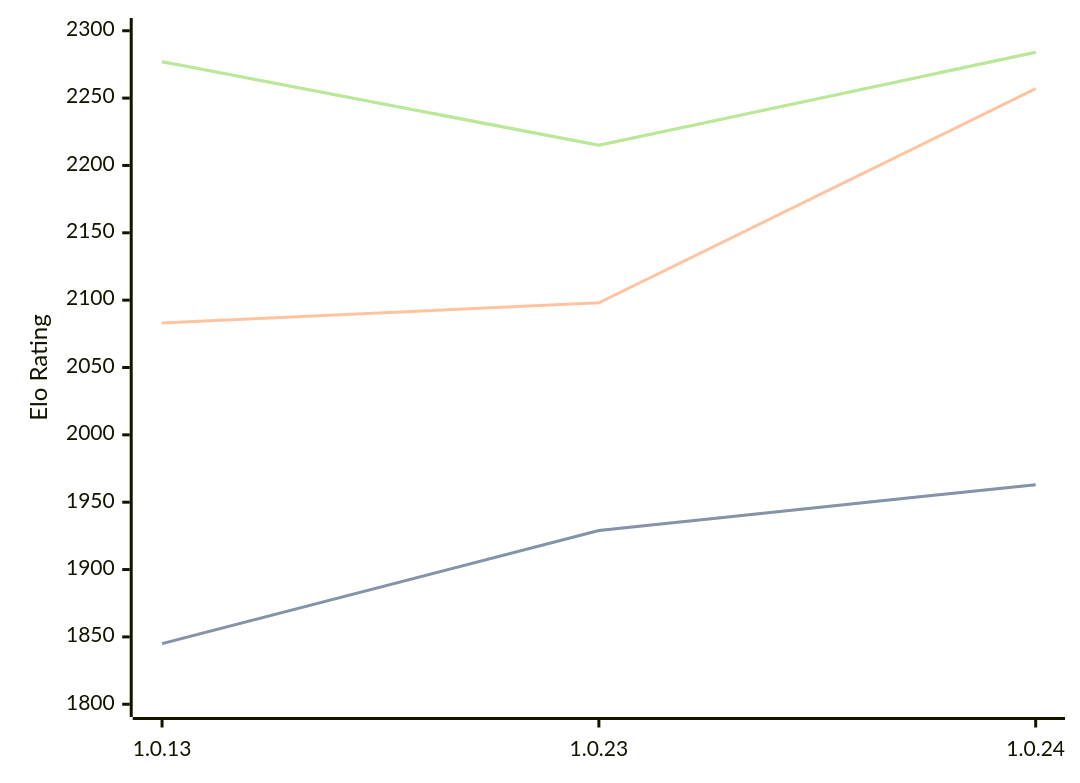
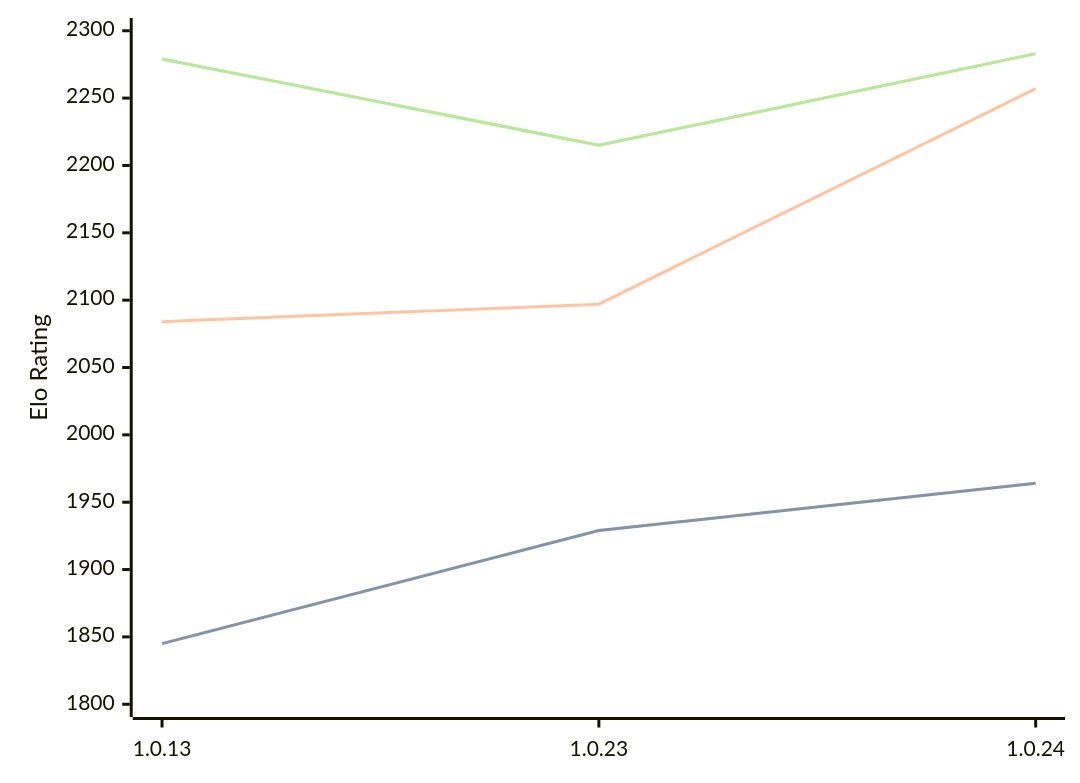
Before and after one commit to computer-chess-index/cci: the diagram in engines/RustyRival.md, drawn with Mermaid. The commit also changed other lines of this file, not shown here.

Commit message:
Update CCI Ratings (ELO VLTC) - 2026-02-16

````diff
--- a/engines/RustyRival.md
+++ b/engines/RustyRival.md
@@ -53,11 +53,11 @@
 ```mermaid
 %%{init: {"theme":"base","themeVariables":{"seriesColors:['#a3a3a3','#222221','#faa371']}}}%%
 xychart-beta
   x-axis ["1.0.13", "1.0.23", "1.0.24"]
   y-axis "Elo Rating" 1800 --> 2300
-  line "STC (8.0+0.08s)" [1845, 1929, 1963]
-  line "STC (8.0+0.08s)" [1845, 1929, 1963]
-  line "LTC (60.0+0.60s)" [2083, 2098, 2257]
-  line "VLTC (2m24s+1.12s)" [2277, 2215, 2284]
-  line "VLTC (2m24s+1.12s)" [2277, 2215, 2284]
+  line "STC (8.0+0.08s)" [1845, 1929, 1964]
+  line "STC (8.0+0.08s)" [1845, 1929, 1964]
+  line "LTC (60.0+0.60s)" [2084, 2097, 2257]
+  line "VLTC (2m24s+1.12s)" [2279, 2215, 2283]
+  line "VLTC (2m24s+1.12s)" [2279, 2215, 2283]
 ```
````
